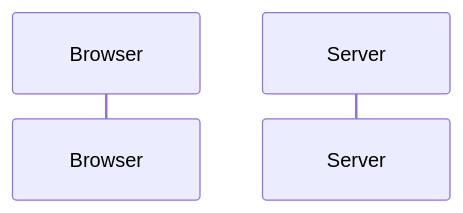
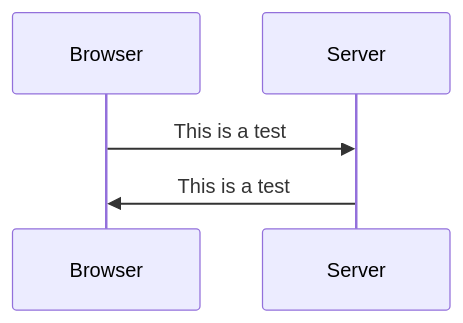
One commit to Ampparamppa/FSO_Submissions changed the diagram in part0/excercise04.md. Above: the diagram before and after it, drawn with Mermaid.

````diff
--- a/part0/excercise04.md
+++ b/part0/excercise04.md
@@ -3,6 +3,9 @@
 ```mermaid
 sequenceDiagram
     participant Browser
     participant Server
 
+Browser ->> Server: This is a test
+Server ->> Browser: This is a test
+
 ```
````
